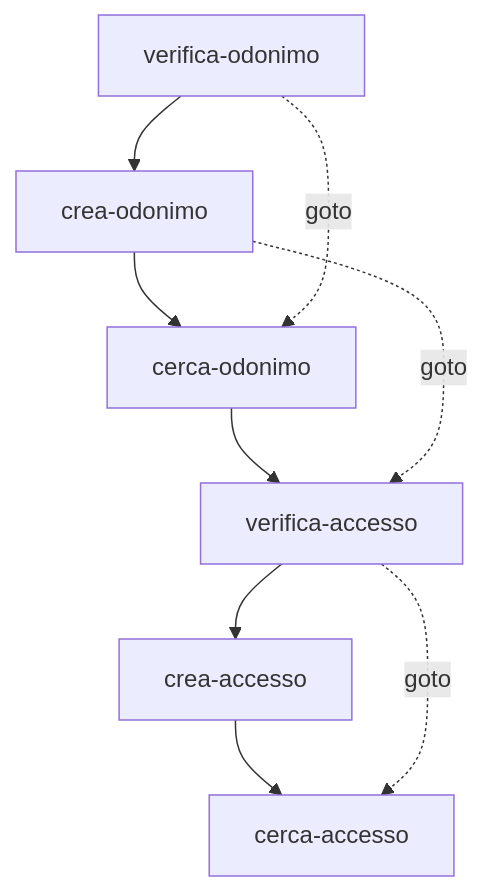
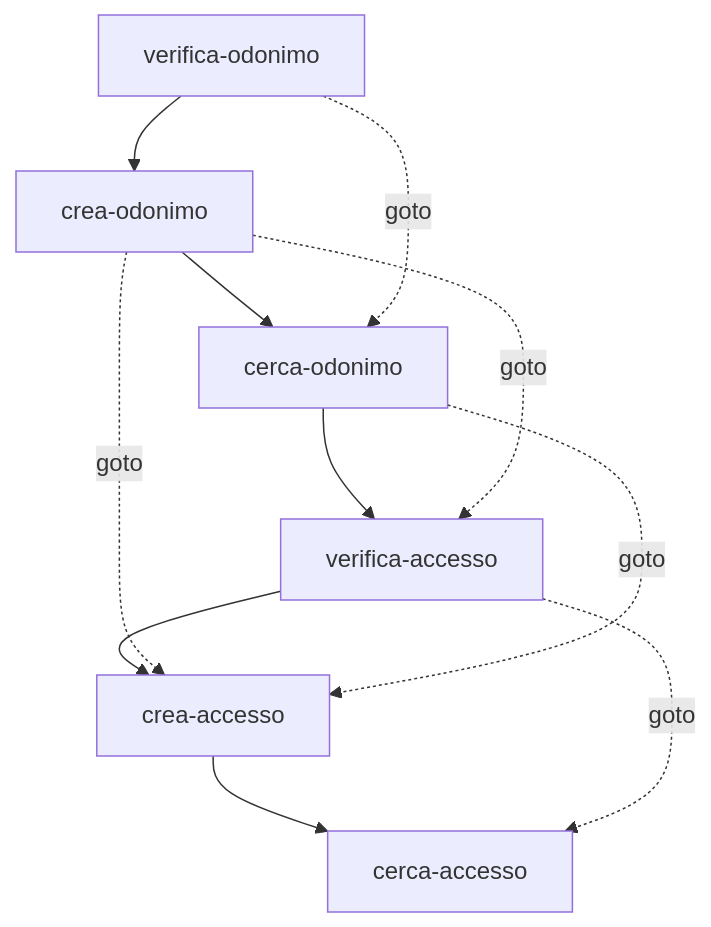
One commit to anncsu-open/anncsu-workflow-api changed the first of 6 diagrams in docs/workflows.md. Above: the diagram before and after it, drawn with Mermaid. The commit also changed 11 other files, not shown here.

Commit message:
Expose full accesso+odonimo fields in address creation

````diff
--- a/docs/workflows.md
+++ b/docs/workflows.md
@@ -11,17 +11,19 @@
 ```mermaid
 graph TD
   verifica_odonimo["verifica-odonimo"]
   crea_odonimo["crea-odonimo"]
   cerca_odonimo["cerca-odonimo"]
   verifica_accesso["verifica-accesso"]
   crea_accesso["crea-accesso"]
   cerca_accesso["cerca-accesso"]
   verifica_odonimo --> crea_odonimo
   crea_odonimo --> cerca_odonimo
   cerca_odonimo --> verifica_accesso
   verifica_accesso --> crea_accesso
   crea_accesso --> cerca_accesso
   verifica_odonimo -. goto .-> cerca_odonimo
+  crea_odonimo -. goto .-> crea_accesso
   crea_odonimo -. goto .-> verifica_accesso
+  cerca_odonimo -. goto .-> crea_accesso
   verifica_accesso -. goto .-> cerca_accesso
 ```
````
